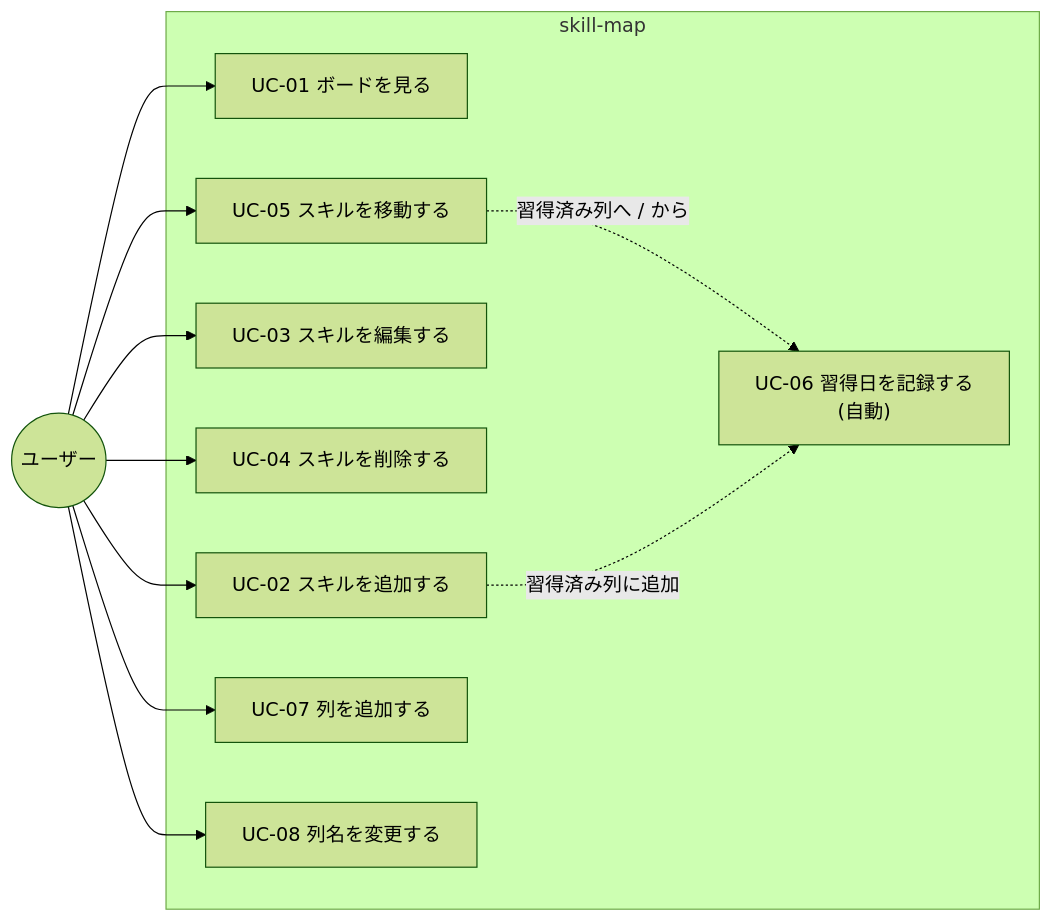
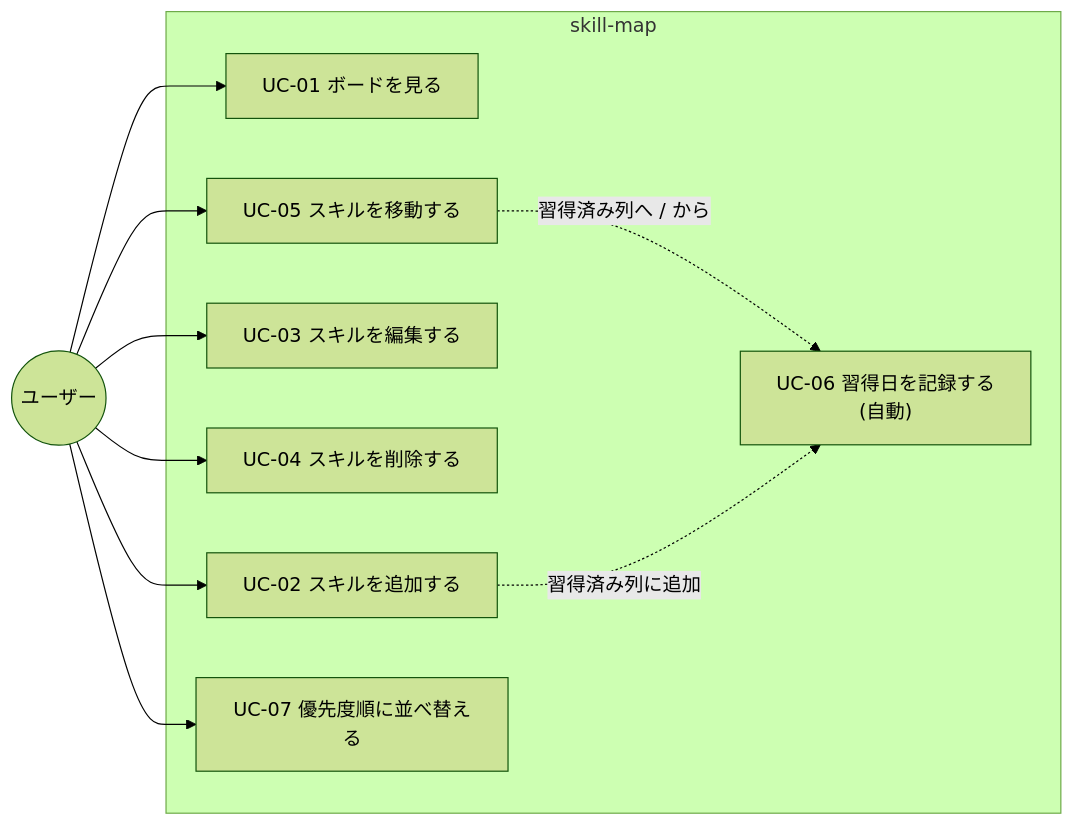
The first of 2 diagrams in docs/04-ユースケース.md (takeuchikoutagg/skill-map), drawn with Mermaid (forest theme) before and after one commit. The commit also changed other lines of this file and 6 other files, not shown here.

````diff
--- a/docs/04-ユースケース.md
+++ b/docs/04-ユースケース.md
@@ -11,25 +11,23 @@
 ```mermaid
 flowchart LR
     U(("ユーザー"))
 
     subgraph app["skill-map"]
         UC1["UC-01 ボードを見る"]
         UC2["UC-02 スキルを追加する"]
         UC3["UC-03 スキルを編集する"]
         UC4["UC-04 スキルを削除する"]
         UC5["UC-05 スキルを移動する"]
         UC6["UC-06 習得日を記録する<br/>(自動)"]
-        UC7["UC-07 列を追加する"]
-        UC8["UC-08 列名を変更する"]
+        UC7["UC-07 優先度順に並べ替える"]
     end
 
     U --> UC1
     U --> UC2
     U --> UC3
     U --> UC4
     U --> UC5
     U --> UC7
-    U --> UC8
     UC5 -. "習得済み列へ / から" .-> UC6
     UC2 -. "習得済み列に追加" .-> UC6
 ```
````
